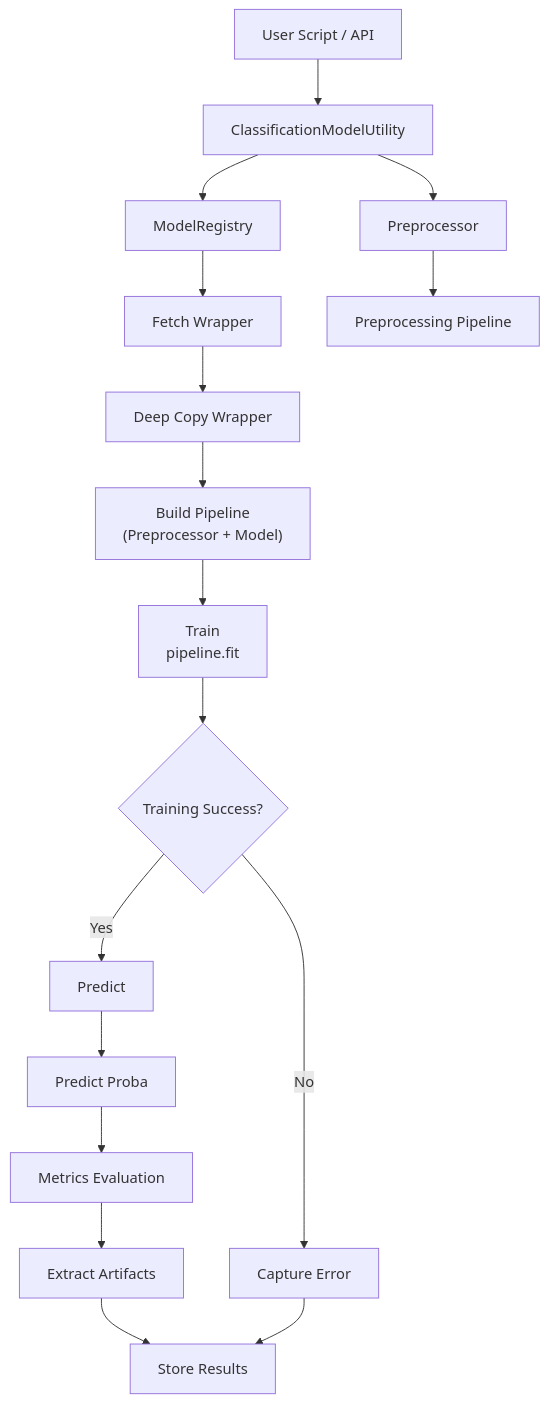
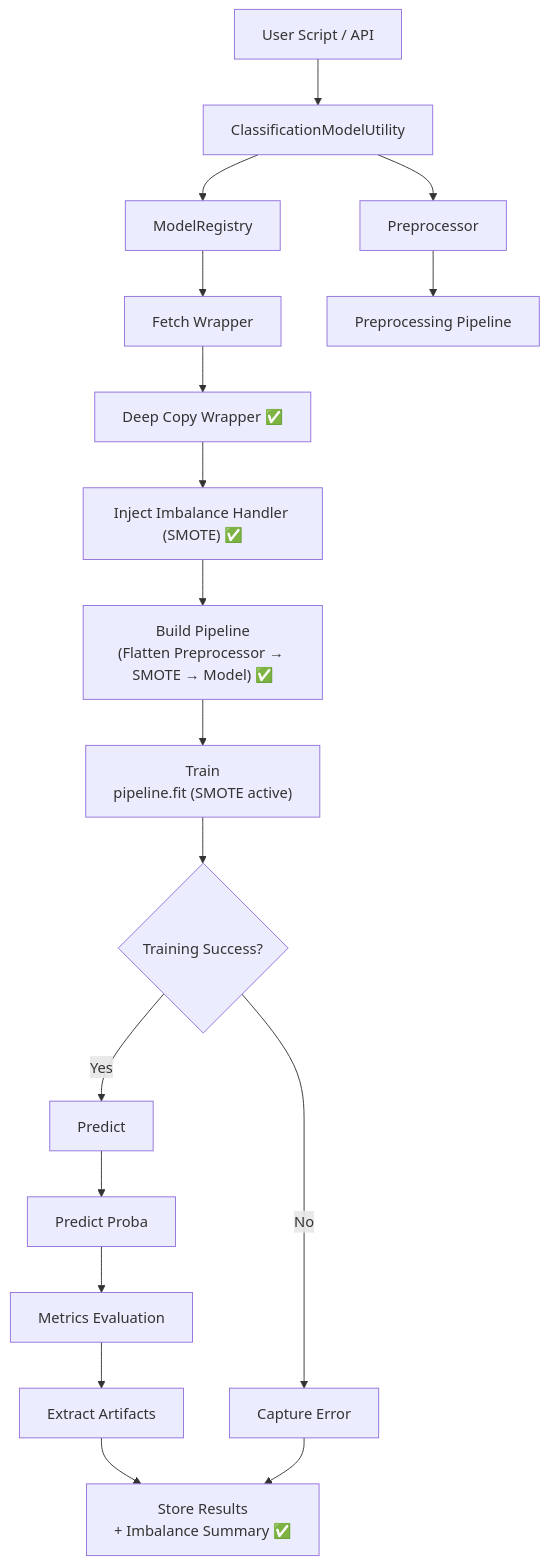
The second of 6 diagrams in lib/utility/machinelearning/README.md (abhinavssingh/python-learnings), drawn with Mermaid before and after one commit. The commit also changed other lines of this file and 15 other files, not shown here.

````diff
--- a/lib/utility/machinelearning/README.md
+++ b/lib/utility/machinelearning/README.md
@@ -42,32 +44,34 @@
 ```mermaid
 flowchart TD
 
     A[User Script / API] --> B[ClassificationModelUtility]
 
     B --> C[ModelRegistry]
     B --> D[Preprocessor]
 
     C --> E[Fetch Wrapper]
-    E --> F[Deep Copy Wrapper]
+    E --> F[Deep Copy Wrapper ✅]
 
     D --> G[Preprocessing Pipeline]
 
-    F --> H["Build Pipeline<br/>(Preprocessor + Model)"]
+    F --> H["Inject Imbalance Handler (SMOTE) ✅"]
 
-    H --> I["Train<br/>pipeline.fit"]
+    H --> I["Build Pipeline<br/>(Flatten Preprocessor → SMOTE → Model) ✅"]
 
-    I --> J{Training Success?}
+    I --> J["Train<br/>pipeline.fit (SMOTE active)"]
 
-    J -->|Yes| K[Predict]
-    J -->|No| Z[Capture Error]
+    J --> K{Training Success?}
 
-    K --> L[Predict Proba]
+    K -->|Yes| L[Predict]
+    K -->|No| Z[Capture Error]
 
-    L --> M[Metrics Evaluation]
+    L --> M[Predict Proba]
 
-    M --> N[Extract Artifacts]
+    M --> N[Metrics Evaluation]
 
-    N --> O[Store Results]
+    N --> O[Extract Artifacts]
 
-    Z --> O
+    O --> P["Store Results<br/>+ Imbalance Summary ✅"]
+
+    Z --> P
 ```
````
